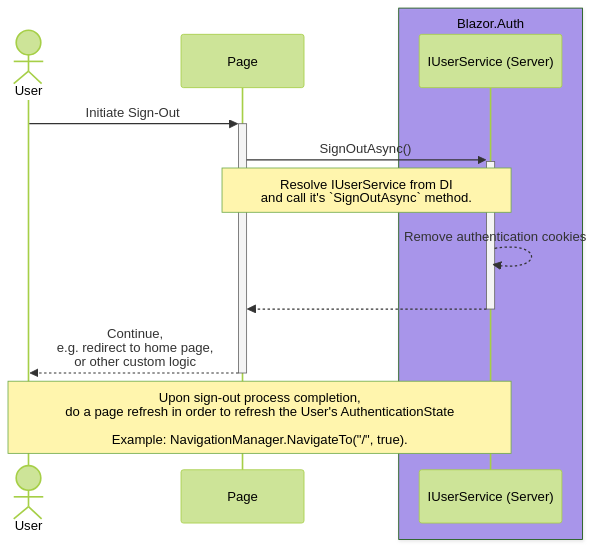
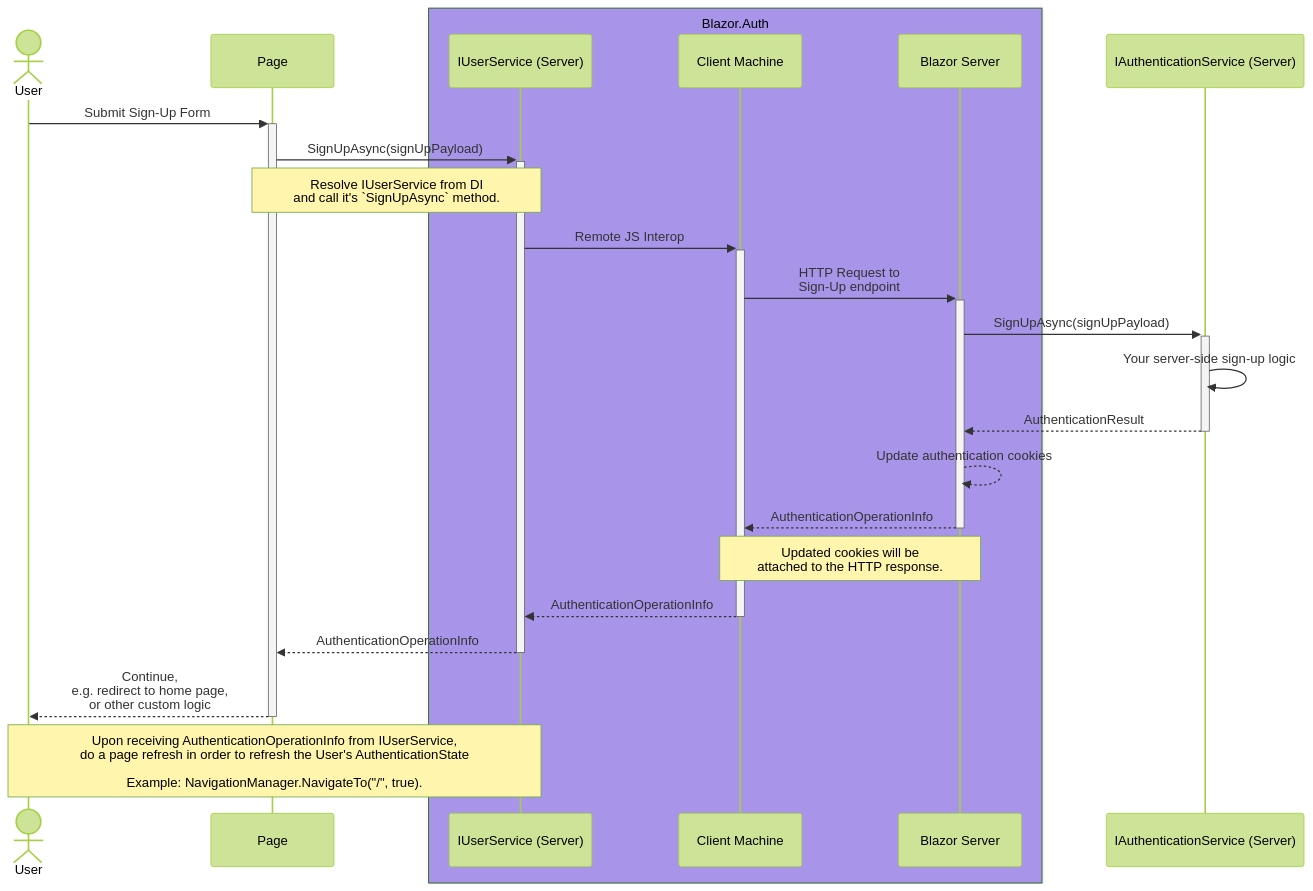
Before and after one commit to BitzArt/Blazor.Auth: the third of 3 diagrams in docs/src/04.use-cases/03.interactive-server.md, drawn with Mermaid (forest theme). The commit also changed other lines of this file and 101 other files, not shown here.

Commit message:
Blazor.Auth v2 (#33)

````diff
--- a/docs/src/04.use-cases/03.interactive-server.md
+++ b/docs/src/04.use-cases/03.interactive-server.md
@@ -69,20 +82,36 @@
 ```mermaid
 sequenceDiagram
 
 actor user as User
 participant page as Page
 
 box rgba(101, 63, 232, 0.5) Blazor.Auth
 participant userServiceServer as IUserService (Server)
+participant blazorClient as Client Machine
+participant blazorServer as Blazor Server
 end
 
-user ->>+ page: Initiate Sign-Out
-page ->>+ userServiceServer: SignOutAsync()
-note over page,userServiceServer: Resolve IUserService from DI<br/> and call it's `SignOutAsync` method.
-userServiceServer -->> userServiceServer: Remove authentication cookies
+participant authService as IAuthenticationService (Server)
 
-userServiceServer -->>- page: #32;
+user ->>+ page: Submit Sign-Up Form
+page ->>+ userServiceServer: SignUpAsync(signUpPayload)
+note over page,userServiceServer: Resolve IUserService from DI<br/> and call it's `SignUpAsync` method.
+
+userServiceServer ->>+ blazorClient: Remote JS Interop
+blazorClient ->>+ blazorServer: HTTP Request to <br/> Sign-Up endpoint
+blazorServer ->>+ authService: SignUpAsync(signUpPayload)
+authService ->> authService: Your server-side sign-up logic
+
+authService -->>- blazorServer: AuthenticationResult
+blazorServer -->> blazorServer: Update authentication cookies
+
+blazorServer -->>- blazorClient: AuthenticationOperationInfo
+note over blazorClient,blazorServer: Updated cookies will be<br/>attached to the HTTP response.
+
+blazorClient -->>- userServiceServer: AuthenticationOperationInfo
+
+userServiceServer -->>- page: AuthenticationOperationInfo
 page -->>- user: Continue, <br/> e.g. redirect to home page, <br/> or other custom logic
 
-note over user,userServiceServer: Upon sign-out process completion, <br/> do a page refresh in order to refresh the User's AuthenticationState<br/><br/> Example: NavigationManager.NavigateTo("/", true).
+note over user,userServiceServer: Upon receiving AuthenticationOperationInfo from IUserService, <br/> do a page refresh in order to refresh the User's AuthenticationState<br/><br/> Example: NavigationManager.NavigateTo("/", true).
 ```
````
